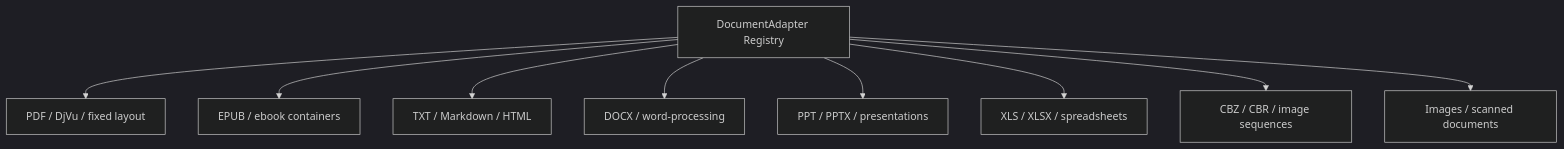
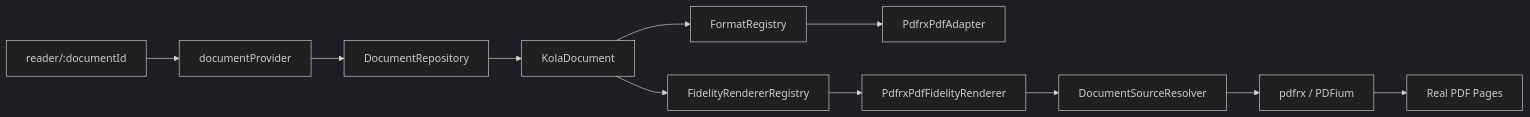
The third of 11 diagrams in docs/PROJECT_GRAPH.md (aaditya140103/kola), drawn with Mermaid (dark theme) before and after one commit. The commit also changed other lines of this file, not shown here.

Commit message:
docs: update compact architecture graph for pdf reader

````diff
--- a/docs/PROJECT_GRAPH.md
+++ b/docs/PROJECT_GRAPH.md
@@ -124,12 +76,19 @@
 ```mermaid
-flowchart TB
-    R[DocumentAdapter Registry]
-    R --> PDF[PDF / DjVu / fixed layout]
-    R --> EPUB[EPUB / ebook containers]
-    R --> TEXT[TXT / Markdown / HTML]
-    R --> WORD[DOCX / word-processing]
-    R --> SLIDE[PPT / PPTX / presentations]
-    R --> SHEET[XLS / XLSX / spreadsheets]
-    R --> COMIC[CBZ / CBR / image sequences]
-    R --> SCAN[Images / scanned documents]
+flowchart LR
+    Route[reader/:documentId]
+    Provider[documentProvider]
+    Repo[DocumentRepository]
+    Doc[KolaDocument]
+    Cap[FormatRegistry]
+    Renderers[FidelityRendererRegistry]
+    Resolver[DocumentSourceResolver]
+    PdfAdapter[PdfrxPdfAdapter]
+    PdfView[PdfrxPdfFidelityRenderer]
+    PDFium[pdfrx / PDFium]
+    Pages[Real PDF Pages]
+
+    Route --> Provider --> Repo --> Doc
+    Doc --> Cap --> PdfAdapter
+    Doc --> Renderers --> PdfView
+    PdfView --> Resolver --> PDFium --> Pages
 ```
````
